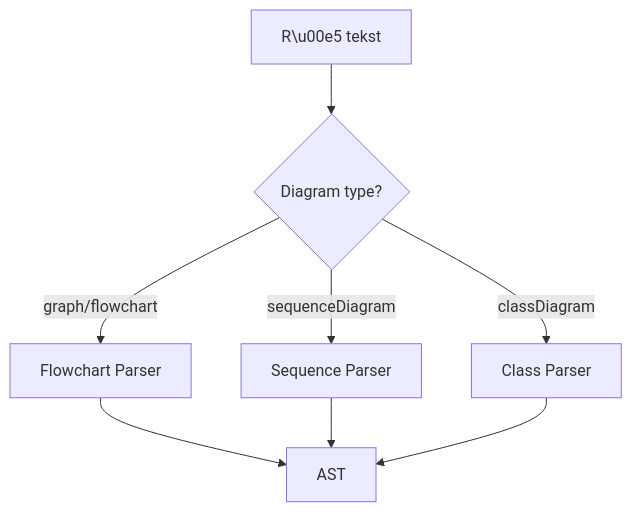
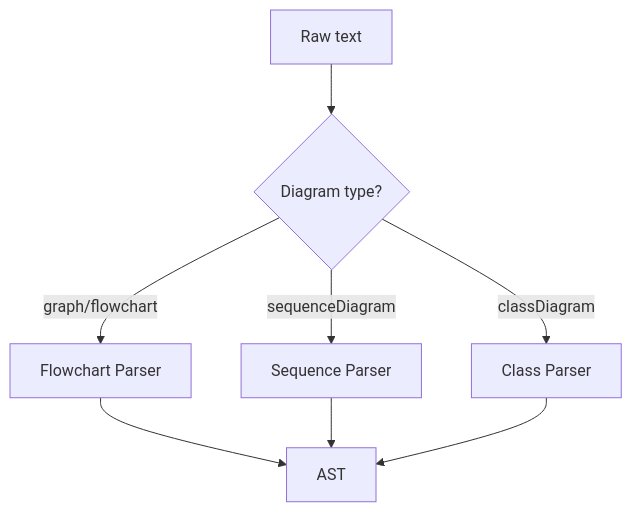
One commit to KlangHaus/vitepress-plugin-diagram changed the second of 3 diagrams in docs/guide/how-it-works.md. Above: the diagram before and after it, drawn with Mermaid. The commit also changed other lines of this file and 3 other files, not shown here.

````diff
--- a/docs/guide/how-it-works.md
+++ b/docs/guide/how-it-works.md
@@ -27,10 +27,10 @@
 ```mermaid
 graph TD
-  A[R\u00e5 tekst] --> B{Diagram type?}
+  A[Raw text] --> B{Diagram type?}
   B -->|graph/flowchart| C[Flowchart Parser]
   B -->|sequenceDiagram| D[Sequence Parser]
   B -->|classDiagram| E[Class Parser]
   C --> F[AST]
   D --> F
   E --> F
 ```
````
